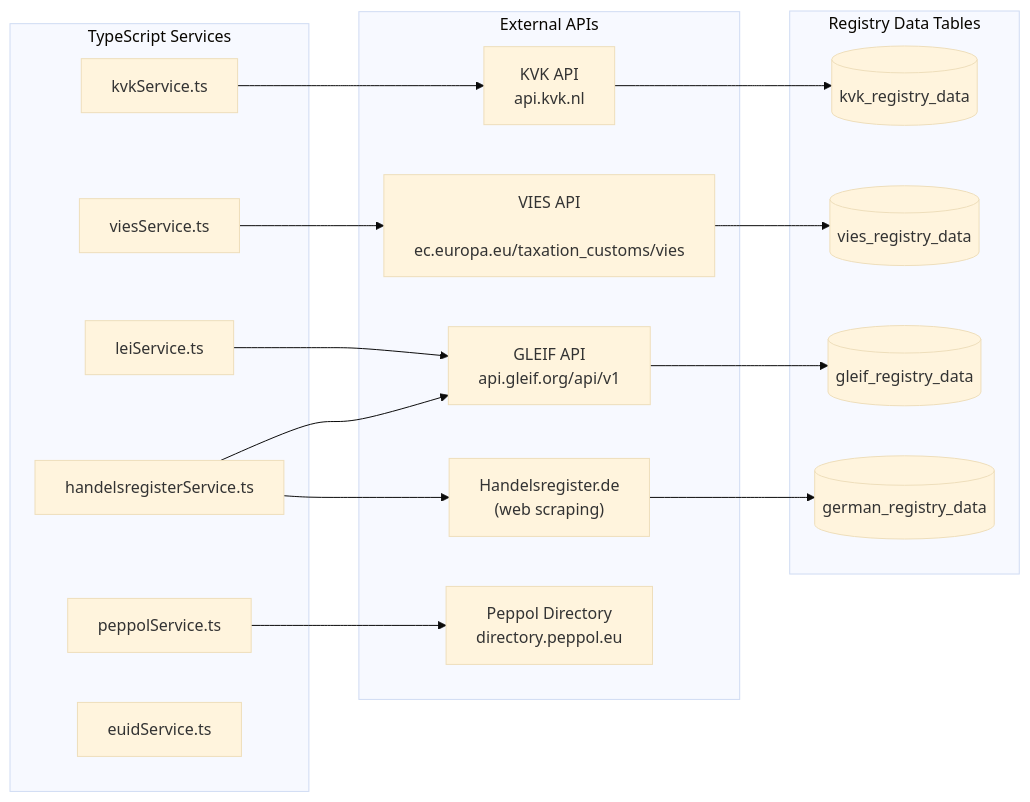
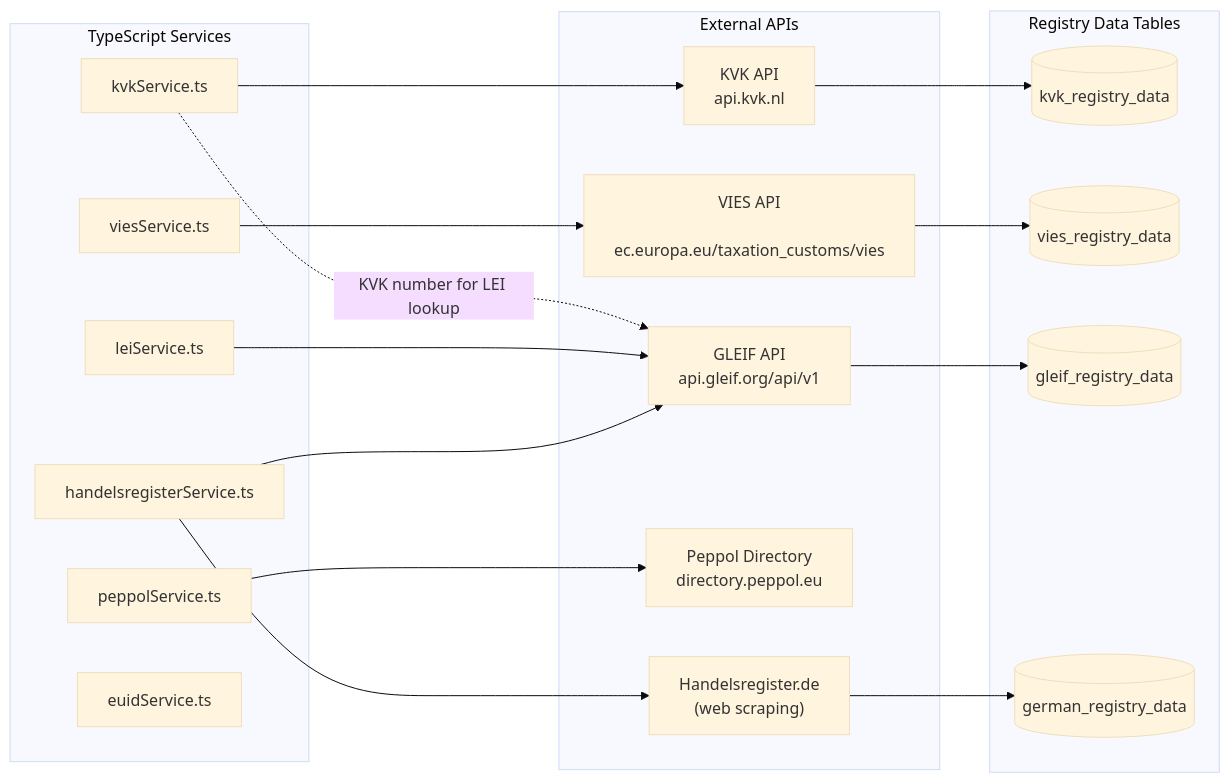
Before and after one commit to DeNoronha/ctn-asr-demo: the fourth of 7 diagrams in docs/ENRICHMENT_ARCHITECTURE.md, drawn with Mermaid (base theme). The commit also changed other lines of this file, not shown here.

First line of the commit message:
docs: update ENRICHMENT_ARCHITECTURE based on review feedback

````diff
--- a/docs/ENRICHMENT_ARCHITECTURE.md
+++ b/docs/ENRICHMENT_ARCHITECTURE.md
@@ -313,43 +309,44 @@
 ```mermaid
 flowchart LR
     subgraph Services["TypeScript Services"]
         KVK_SVC[kvkService.ts]
         VIES_SVC[viesService.ts]
         LEI_SVC[leiService.ts]
         HR_SVC[handelsregisterService.ts]
         PEPPOL_SVC[peppolService.ts]
         EUID_SVC[euidService.ts]
     end
 
     subgraph APIs["External APIs"]
         KVK_API["KVK API
         api.kvk.nl"]
         VIES_API["VIES API
         ec.europa.eu/taxation_customs/vies"]
         GLEIF_API["GLEIF API
         api.gleif.org/api/v1"]
         PEPPOL_API["Peppol Directory
         directory.peppol.eu"]
         HR_WEB["Handelsregister.de
         (web scraping)"]
     end
 
     subgraph Data["Registry Data Tables"]
         KVK_DATA[(kvk_registry_data)]
         VIES_DATA[(vies_registry_data)]
         GLEIF_DATA[(gleif_registry_data)]
         DE_DATA[(german_registry_data)]
     end
 
     KVK_SVC --> KVK_API
+    KVK_SVC -.->|KVK number for LEI lookup| GLEIF_API
     VIES_SVC --> VIES_API
     LEI_SVC --> GLEIF_API
     HR_SVC --> HR_WEB
     HR_SVC --> GLEIF_API
     PEPPOL_SVC --> PEPPOL_API
 
     KVK_API --> KVK_DATA
     VIES_API --> VIES_DATA
     GLEIF_API --> GLEIF_DATA
     HR_WEB --> DE_DATA
 ```
````
